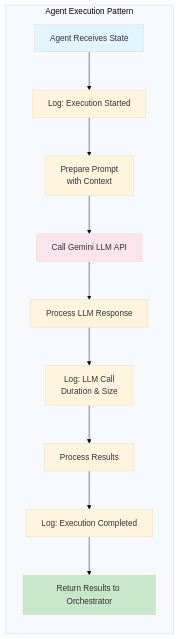
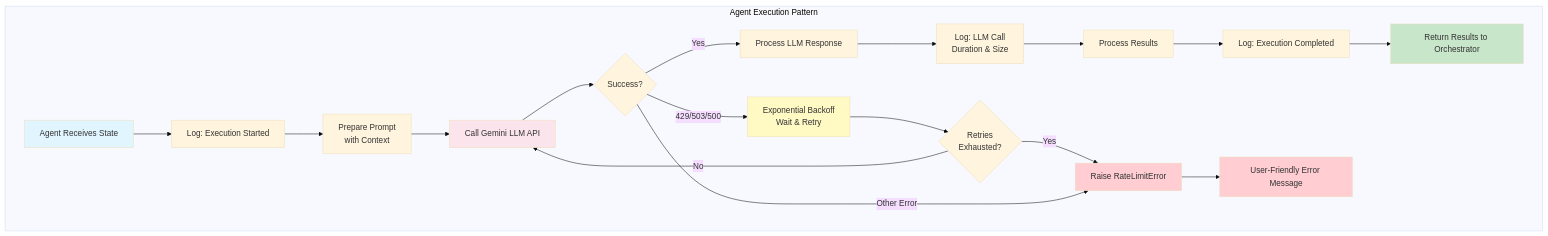
The fourth of 5 diagrams in README.md (rohitjain994/travel-agent), drawn with Mermaid (base theme) before and after one commit. The commit also changed other lines of this file and 10 other files, not shown here.

````diff
--- a/README.md
+++ b/README.md
@@ -204,17 +236,27 @@
 ```mermaid
-graph LR
+graph TD
     subgraph "Agent Execution Pattern"
         A[Agent Receives State] --> B[Log: Execution Started]
         B --> C[Prepare Prompt<br/>with Context]
         C --> D[Call Gemini LLM API]
-        D --> E[Process LLM Response]
-        E --> F[Log: LLM Call<br/>Duration & Size]
-        F --> G[Process Results]
-        G --> H[Log: Execution Completed]
-        H --> I[Return Results to Orchestrator]
+        D --> E{Success?}
+        E -->|Yes| F[Process LLM Response]
+        E -->|429/503/500| G[Exponential Backoff<br/>Wait & Retry]
+        G --> H{Retries<br/>Exhausted?}
+        H -->|No| D
+        H -->|Yes| I[Raise RateLimitError]
+        E -->|Other Error| I
+        F --> J[Log: LLM Call<br/>Duration & Size]
+        J --> K[Process Results]
+        K --> L[Log: Execution Completed]
+        L --> M[Return Results to Orchestrator]
+        I --> N[User-Friendly Error Message]
     end
     
     style A fill:#e1f5ff
     style D fill:#fce4ec
-    style I fill:#c8e6c9
+    style G fill:#fff9c4
+    style M fill:#c8e6c9
+    style I fill:#ffcdd2
+    style N fill:#ffcdd2
 ```
````
